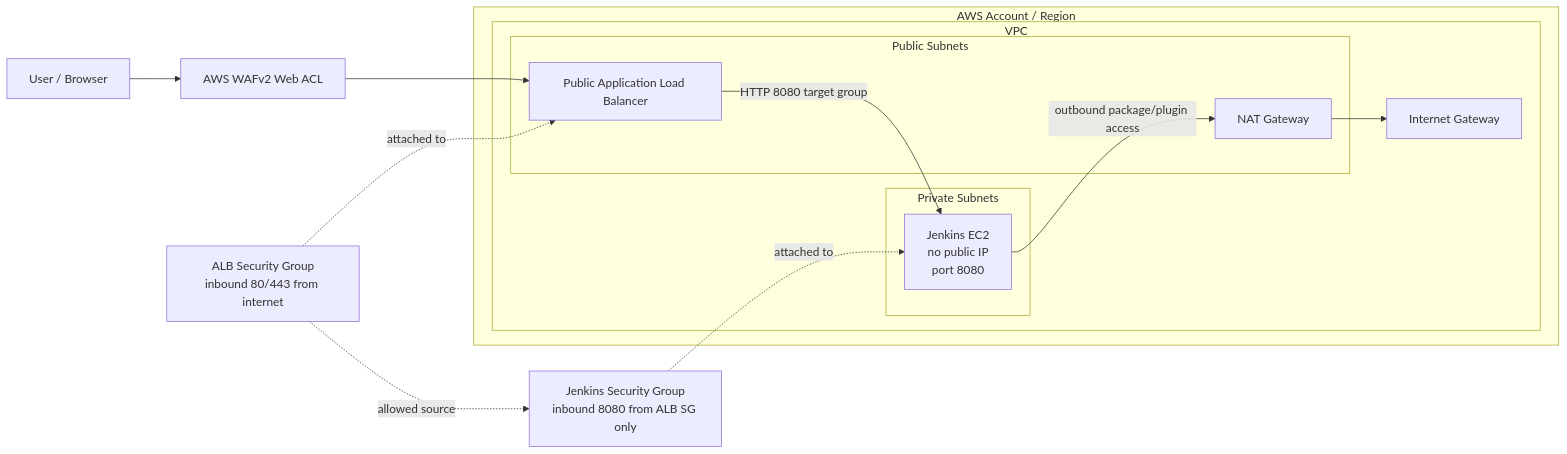
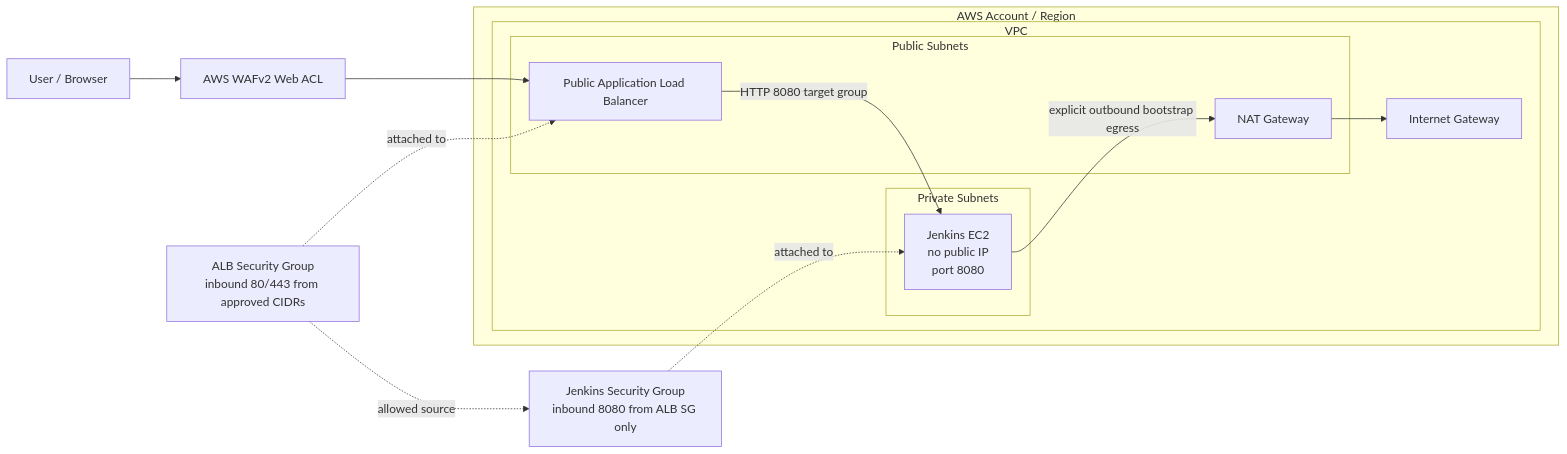
Before and after one commit to tukue/terraform-jenkins-aws: the diagram in docs/architecture.md, drawn with Mermaid. The commit also changed other lines of this file and 8 other files, not shown here.

Commit message:
Fix tfsec findings for Jenkins ALB

````diff
--- a/docs/architecture.md
+++ b/docs/architecture.md
@@ -54,31 +54,31 @@
 ```mermaid
 flowchart LR
   user["User / Browser"] --> waf["AWS WAFv2 Web ACL"]
   waf --> alb["Public Application Load Balancer"]
 
   subgraph aws["AWS Account / Region"]
     subgraph vpc["VPC"]
       subgraph public["Public Subnets"]
         alb
         nat["NAT Gateway"]
       end
 
       subgraph private["Private Subnets"]
         jenkins["Jenkins EC2\nno public IP\nport 8080"]
       end
 
       igw["Internet Gateway"]
     end
   end
 
   alb -- "HTTP 8080 target group" --> jenkins
-  jenkins -- "outbound package/plugin access" --> nat
+  jenkins -- "explicit outbound bootstrap egress" --> nat
   nat --> igw
 
-  albsg["ALB Security Group\ninbound 80/443 from internet"]
+  albsg["ALB Security Group\ninbound 80/443 from approved CIDRs"]
   jenkinssg["Jenkins Security Group\ninbound 8080 from ALB SG only"]
 
   albsg -. attached to .-> alb
   jenkinssg -. attached to .-> jenkins
   albsg -. allowed source .-> jenkinssg
 ```
````
